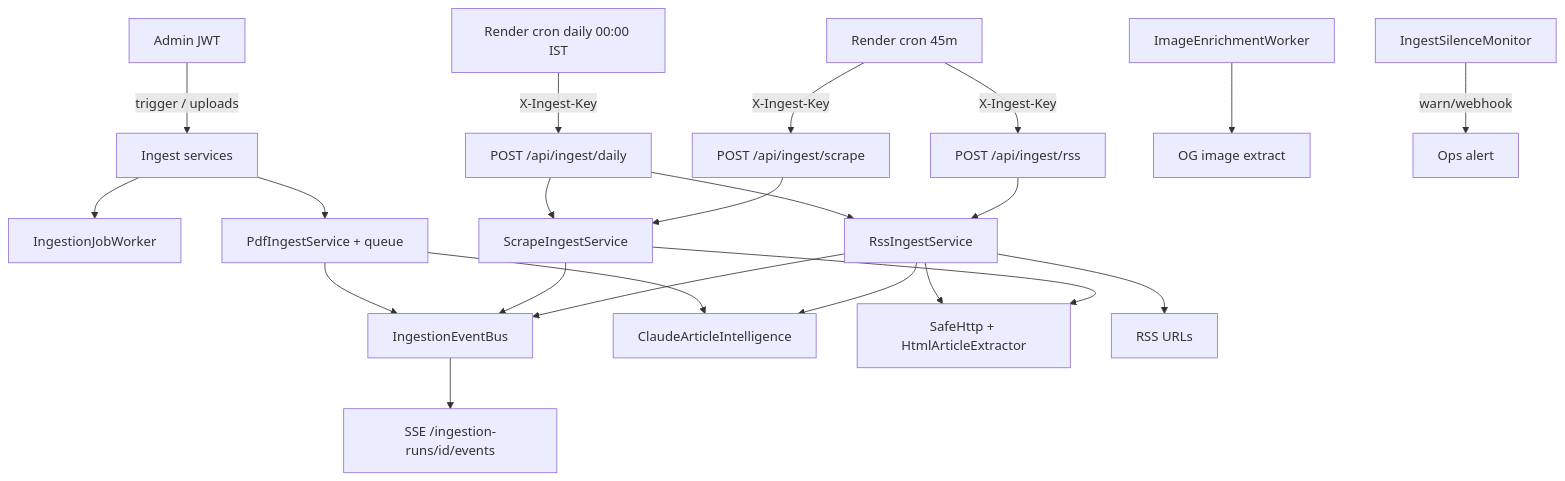
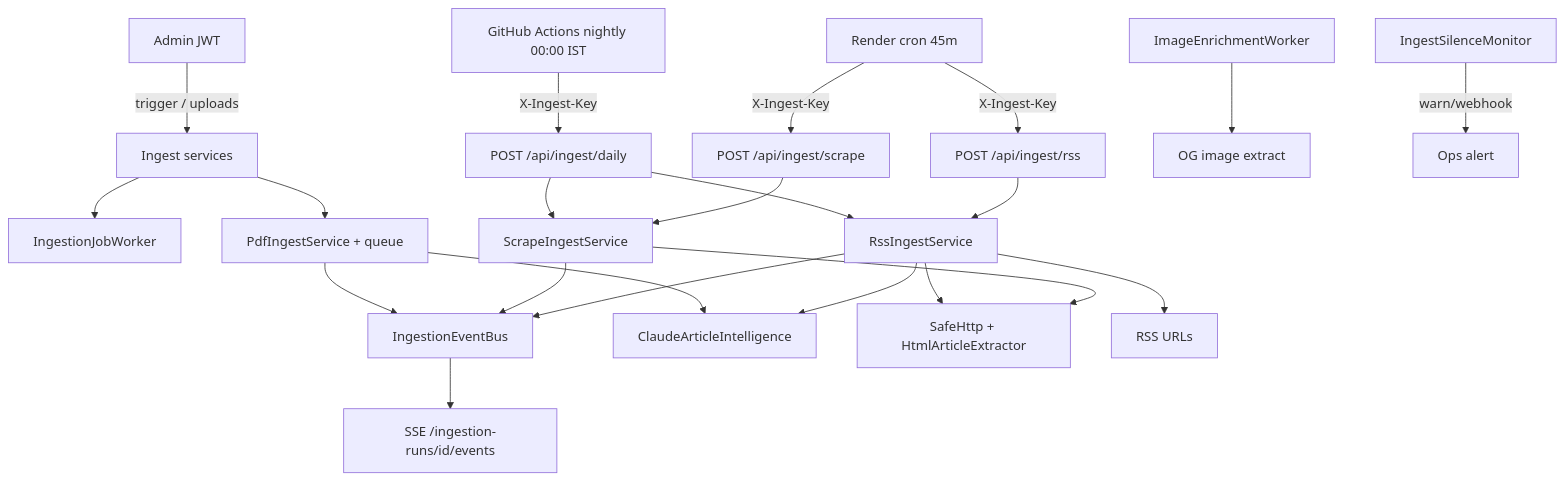
One commit to sshivanshg/TAZAkhabar changed the first of 2 diagrams in docs/architecture/04-ingestion.md. Above: the diagram before and after it, drawn with Mermaid. The commit also changed other lines of this file and 5 other files, not shown here.

Commit message:
Move nightly ingest scheduling to GitHub Actions

````diff
--- a/docs/architecture/04-ingestion.md
+++ b/docs/architecture/04-ingestion.md
@@ -17,24 +17,24 @@
 ```mermaid
 flowchart TB
   Cron[Render cron 45m] -->|X-Ingest-Key| RssEP[POST /api/ingest/rss]
   Cron -->|X-Ingest-Key| ScrapeEP[POST /api/ingest/scrape]
-  DailyCron[Render cron daily 00:00 IST] -->|X-Ingest-Key| DailyEP[POST /api/ingest/daily]
+  DailyCron[GitHub Actions nightly 00:00 IST] -->|X-Ingest-Key| DailyEP[POST /api/ingest/daily]
   Admin[Admin JWT] -->|trigger / uploads| API[Ingest services]
   API --> Job[IngestionJobWorker]
   RssEP --> RssSvc[RssIngestService]
   ScrapeEP --> ScrapeSvc[ScrapeIngestService]
   DailyEP --> RssSvc
   DailyEP --> ScrapeSvc
   API --> PdfSvc[PdfIngestService + queue]
   RssSvc --> Bus[IngestionEventBus]
   ScrapeSvc --> Bus
   PdfSvc --> Bus
   Bus --> SSE[SSE /ingestion-runs/id/events]
   RssSvc --> Claude[ClaudeArticleIntelligence]
   PdfSvc --> Claude
   ScrapeSvc --> HTML[SafeHttp + HtmlArticleExtractor]
   RssSvc --> HTML
   RssSvc --> Feeds[RSS URLs]
   ImgQ[ImageEnrichmentWorker] --> OG[OG image extract]
   Silence[IngestSilenceMonitor] -->|warn/webhook| Alert[Ops alert]
 ```
````
